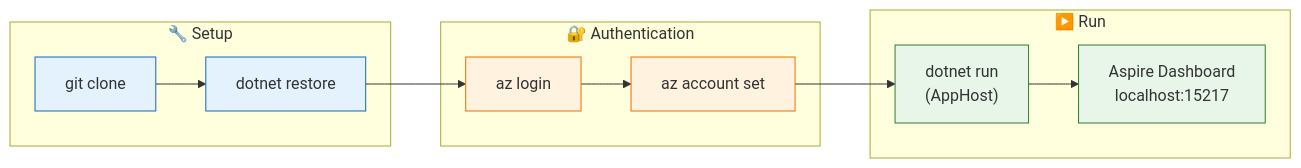
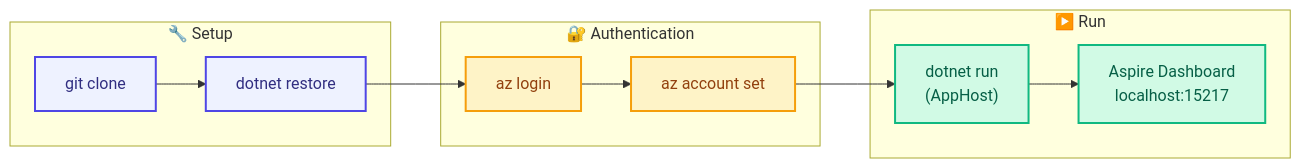
The sixth of 6 diagrams in docs/architecture/07-deployment-architecture.md (Evilazaro/Azure-LogicApps-Monitoring), drawn with Mermaid before and after one commit. The commit also changed other lines of this file and 1 other file, not shown here.

Commit message:
feat(docs): Update security and deployment architecture diagrams with modern color palette and detailed annotations

````diff
--- a/docs/architecture/07-deployment-architecture.md
+++ b/docs/architecture/07-deployment-architecture.md
@@ -418,31 +431,34 @@
 ```mermaid
 flowchart LR
+    %% Local Development Workflow - Setup to running
     subgraph Setup["🔧 Setup"]
         Clone["git clone"]
         Deps["dotnet restore"]
     end
 
     subgraph Auth["🔐 Authentication"]
         Login["az login"]
         Select["az account set"]
     end
 
     subgraph Run["▶️ Run"]
         Aspire["dotnet run<br/>(AppHost)"]
         Dashboard["Aspire Dashboard<br/>localhost:15217"]
     end
 
+    %% Workflow flow
     Clone --> Deps
     Deps --> Login
     Login --> Select
     Select --> Aspire
     Aspire --> Dashboard
 
-    classDef setup fill:#e3f2fd,stroke:#1565c0
-    classDef auth fill:#fff3e0,stroke:#ef6c00
-    classDef run fill:#e8f5e9,stroke:#2e7d32
+    %% Modern color palette - WCAG AA compliant
+    classDef setup fill:#EEF2FF,stroke:#4F46E5,stroke-width:2px,color:#312E81
+    classDef auth fill:#FEF3C7,stroke:#F59E0B,stroke-width:2px,color:#92400E
+    classDef run fill:#D1FAE5,stroke:#10B981,stroke-width:2px,color:#065F46
 
     class Clone,Deps setup
     class Login,Select auth
     class Aspire,Dashboard run
 ```
````
